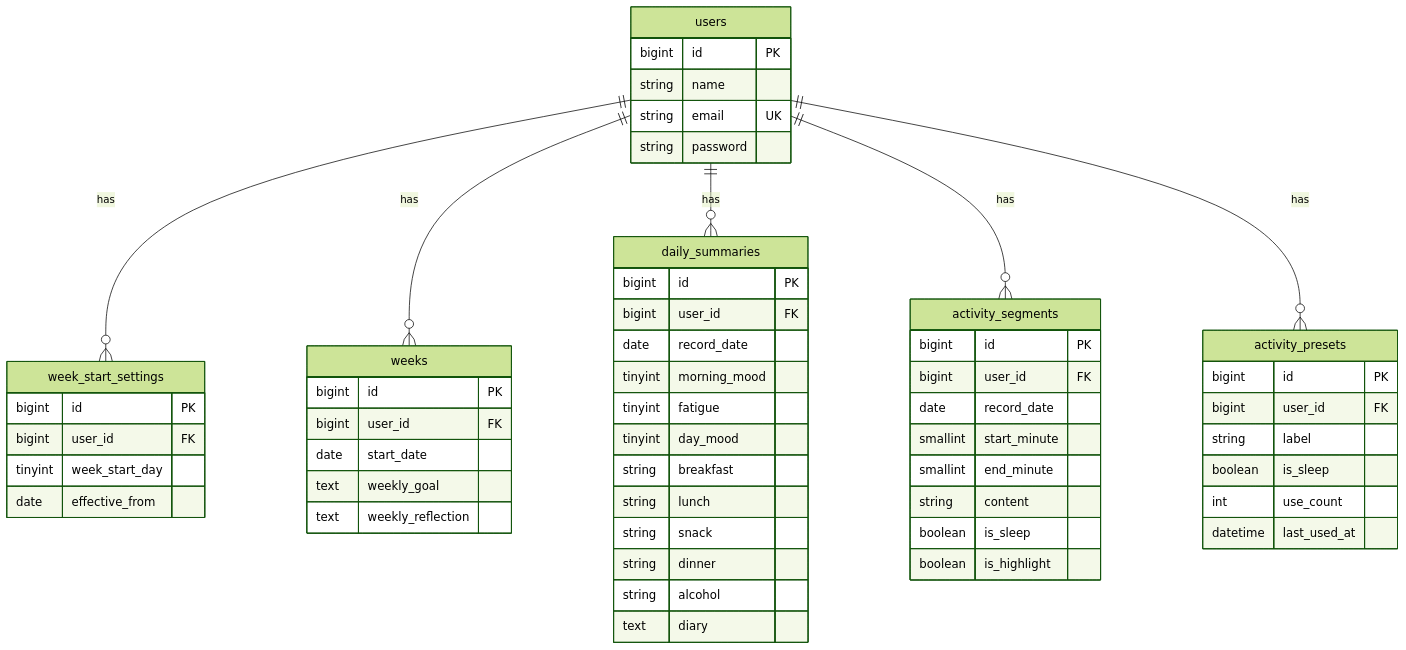
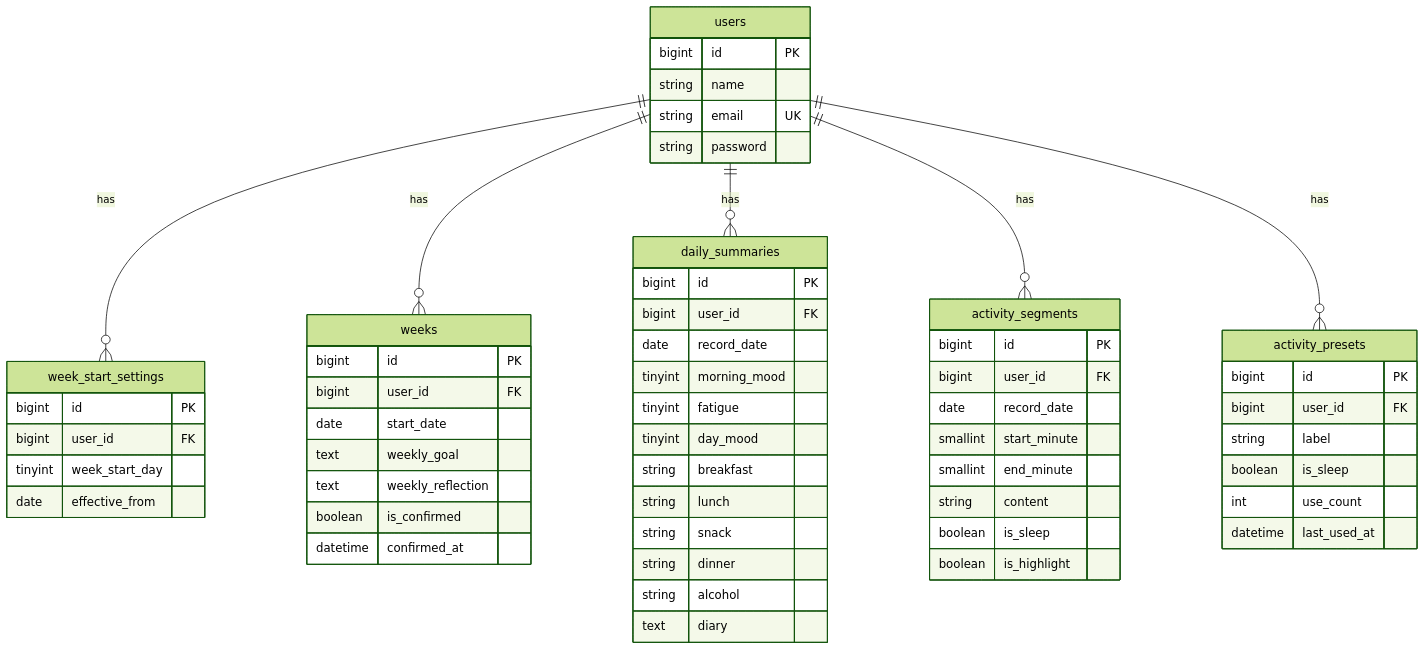
Before and after one commit to fm5889rx/repace-app: the third of 3 diagrams in docs/設計書.md, drawn with Mermaid (forest theme). The commit also changed other lines of this file and 7 other files, not shown here.

````diff
--- a/docs/設計書.md
+++ b/docs/設計書.md
@@ -258,60 +262,62 @@
 ```mermaid
 erDiagram
     users ||--o{ week_start_settings : has
     users ||--o{ weeks : has
     users ||--o{ daily_summaries : has
     users ||--o{ activity_segments : has
     users ||--o{ activity_presets : has
 
     users {
         bigint id PK
         string name
         string email UK
         string password
     }
     week_start_settings {
         bigint id PK
         bigint user_id FK
         tinyint week_start_day
         date effective_from
     }
     weeks {
         bigint id PK
         bigint user_id FK
         date start_date
         text weekly_goal
         text weekly_reflection
+        boolean is_confirmed
+        datetime confirmed_at
     }
     daily_summaries {
         bigint id PK
         bigint user_id FK
         date record_date
         tinyint morning_mood
         tinyint fatigue
         tinyint day_mood
         string breakfast
         string lunch
         string snack
         string dinner
         string alcohol
         text diary
     }
     activity_segments {
         bigint id PK
         bigint user_id FK
         date record_date
         smallint start_minute
         smallint end_minute
         string content
         boolean is_sleep
         boolean is_highlight
     }
     activity_presets {
         bigint id PK
         bigint user_id FK
         string label
         boolean is_sleep
         int use_count
         datetime last_used_at
     }
 ```
````
